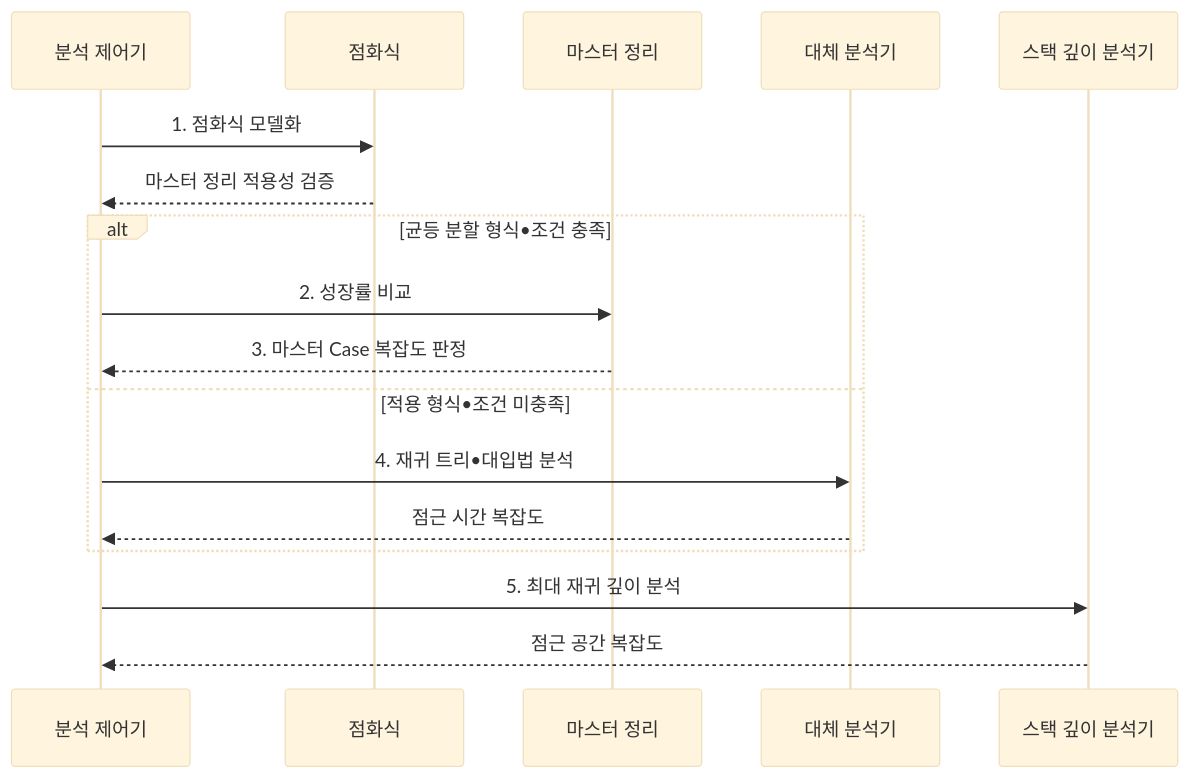
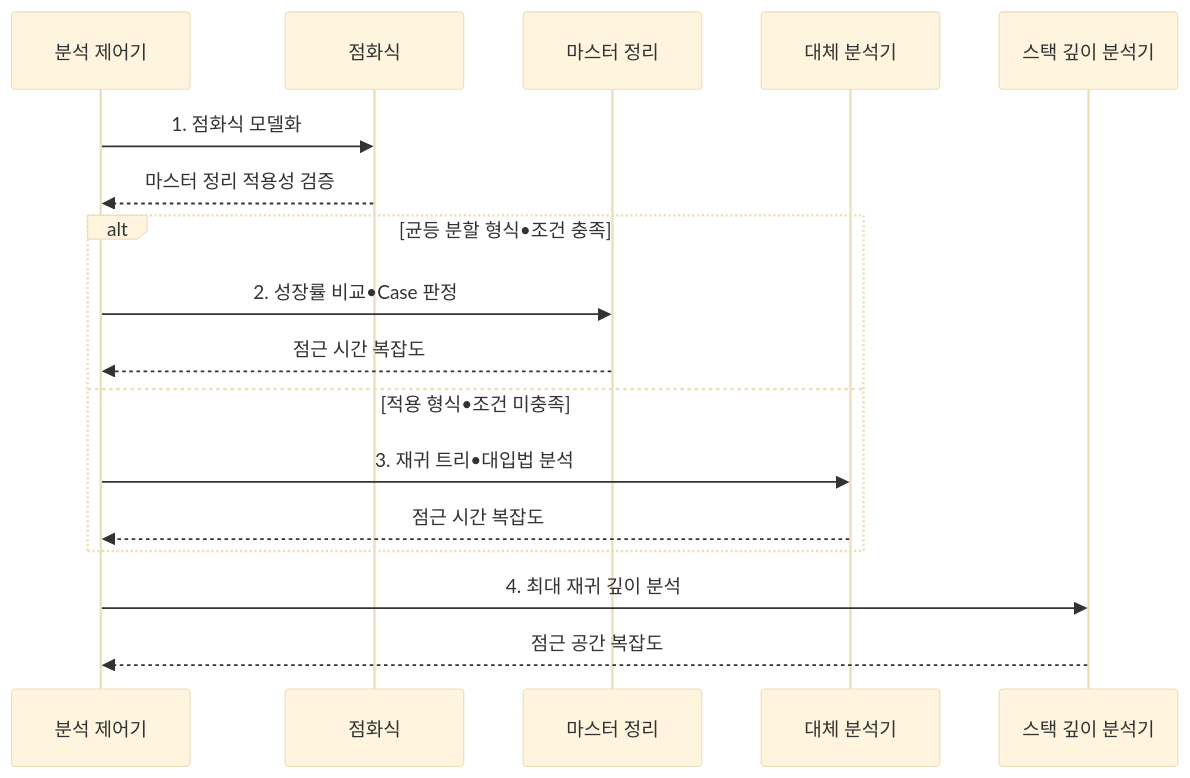
One commit to agnusdei1207/knowledge-base changed the second of 2 diagrams in src/content/docs/notes/01-basic-theory/058_recursive_algo_master.md. Above: the diagram before and after it, drawn with Mermaid (base theme). The commit also changed other lines of this file and 14 other files, not shown here.

````diff
--- a/src/content/docs/notes/01-basic-theory/058_recursive_algo_master.md
+++ b/src/content/docs/notes/01-basic-theory/058_recursive_algo_master.md
@@ -85,19 +85,19 @@
 ```mermaid
 sequenceDiagram
     participant C as 분석 제어기
     participant R as 점화식
     participant M as 마스터 정리
     participant A as 대체 분석기
     participant S as 스택 깊이 분석기
     C->>R: 1. 점화식 모델화
     R-->>C: 마스터 정리 적용성 검증
     alt 균등 분할 형식•조건 충족
-        C->>M: 2. 성장률 비교
-        M-->>C: 3. 마스터 Case 복잡도 판정
+        C->>M: 2. 성장률 비교•Case 판정
+        M-->>C: 점근 시간 복잡도
     else 적용 형식•조건 미충족
-        C->>A: 4. 재귀 트리•대입법 분석
+        C->>A: 3. 재귀 트리•대입법 분석
         A-->>C: 점근 시간 복잡도
     end
-    C->>S: 5. 최대 재귀 깊이 분석
+    C->>S: 4. 최대 재귀 깊이 분석
     S-->>C: 점근 공간 복잡도
 ```
````
